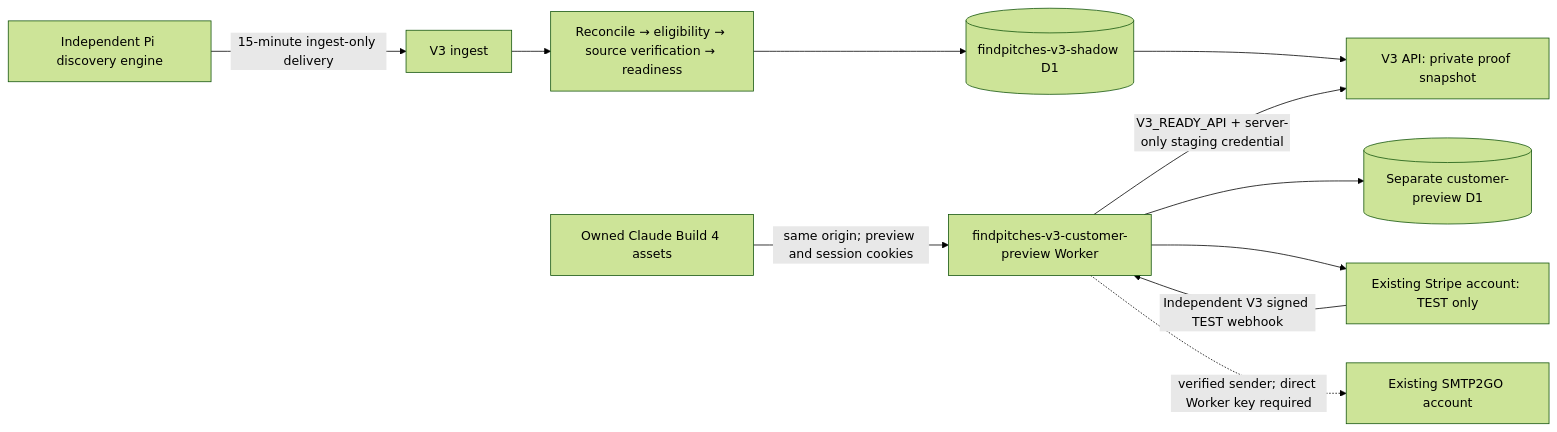
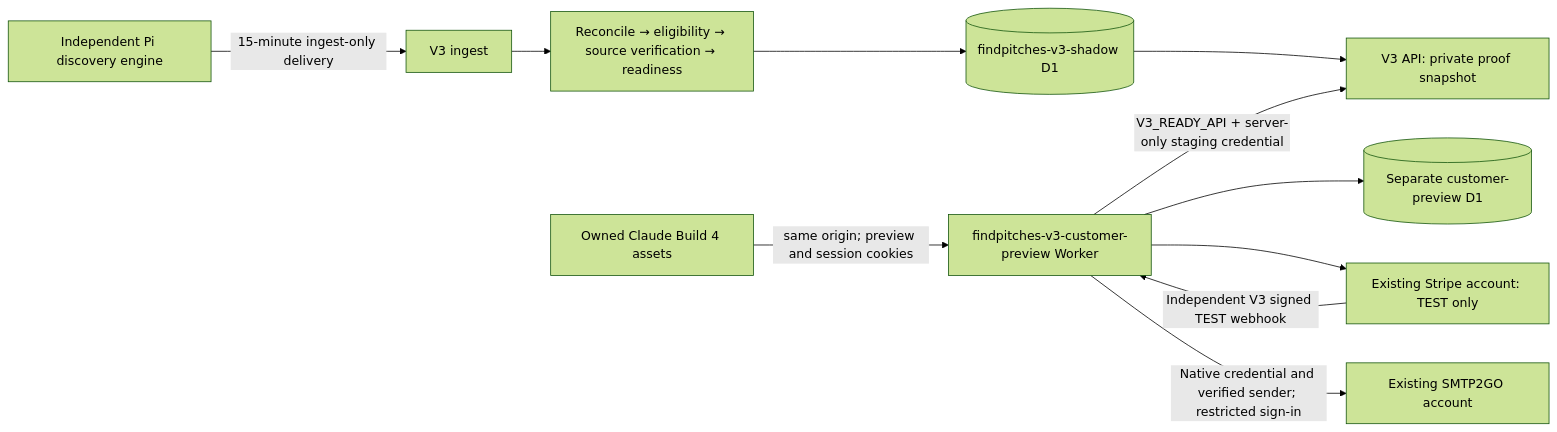
One commit to christucker-sketch/PitchListUK changed the diagram in docs/findpitches-v3-customer-architecture.md. Above: the diagram before and after it, drawn with Mermaid (forest theme). The commit also changed other lines of this file and 4 other files, not shown here.

Commit message:
Record verified V3 mail delivery and native sign-in

````diff
--- a/docs/findpitches-v3-customer-architecture.md
+++ b/docs/findpitches-v3-customer-architecture.md
@@ -7,13 +7,13 @@
 ```mermaid
 flowchart LR
   Pi[Independent Pi discovery engine] -->|15-minute ingest-only delivery| Ingest[V3 ingest]
   Ingest --> Pipeline[Reconcile → eligibility → source verification → readiness]
   Pipeline --> Evidence[(findpitches-v3-shadow D1)]
   Evidence --> API[V3 API: private proof snapshot]
   Browser[Owned Claude Build 4 assets] -->|same origin; preview and session cookies| Customer[findpitches-v3-customer-preview Worker]
   Customer -->|V3_READY_API + server-only staging credential| API
   Customer --> Customers[(Separate customer-preview D1)]
   Customer --> Stripe[Existing Stripe account: TEST only]
   Stripe -->|Independent V3 signed TEST webhook| Customer
-  Customer -. verified sender; direct Worker key required .-> Email[Existing SMTP2GO account]
+  Customer -->|Native credential and verified sender; restricted sign-in| Email[Existing SMTP2GO account]
 ```
````
